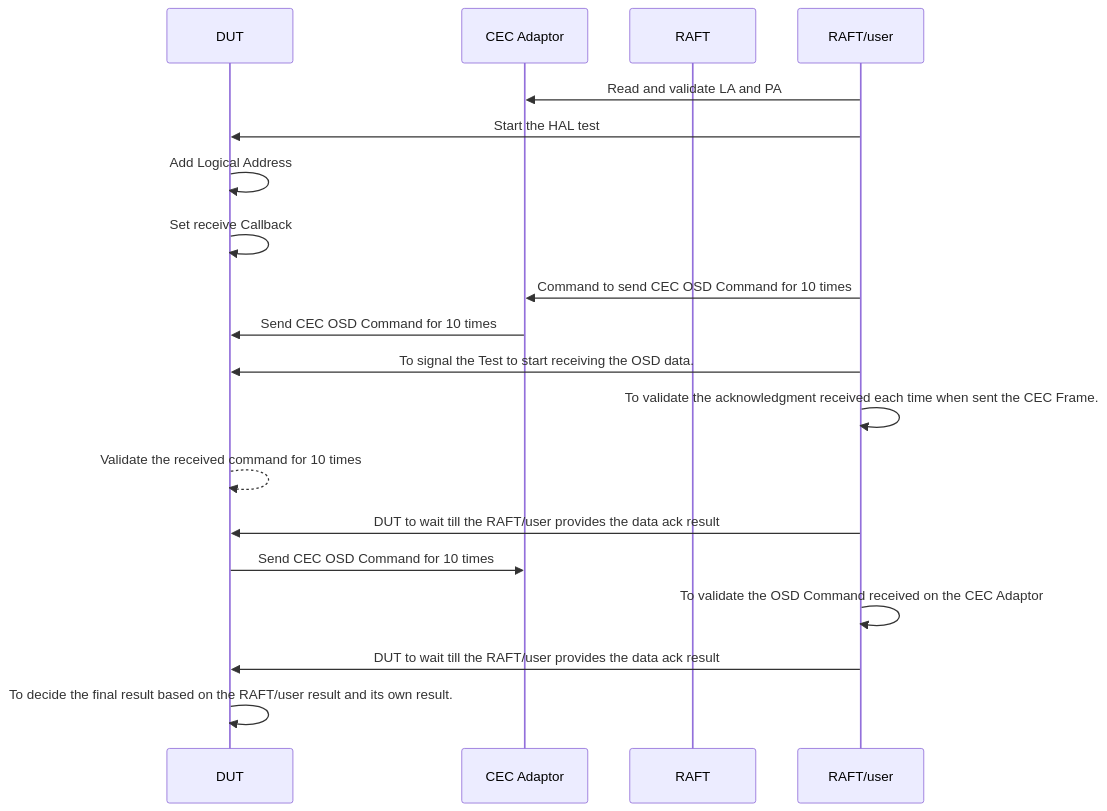
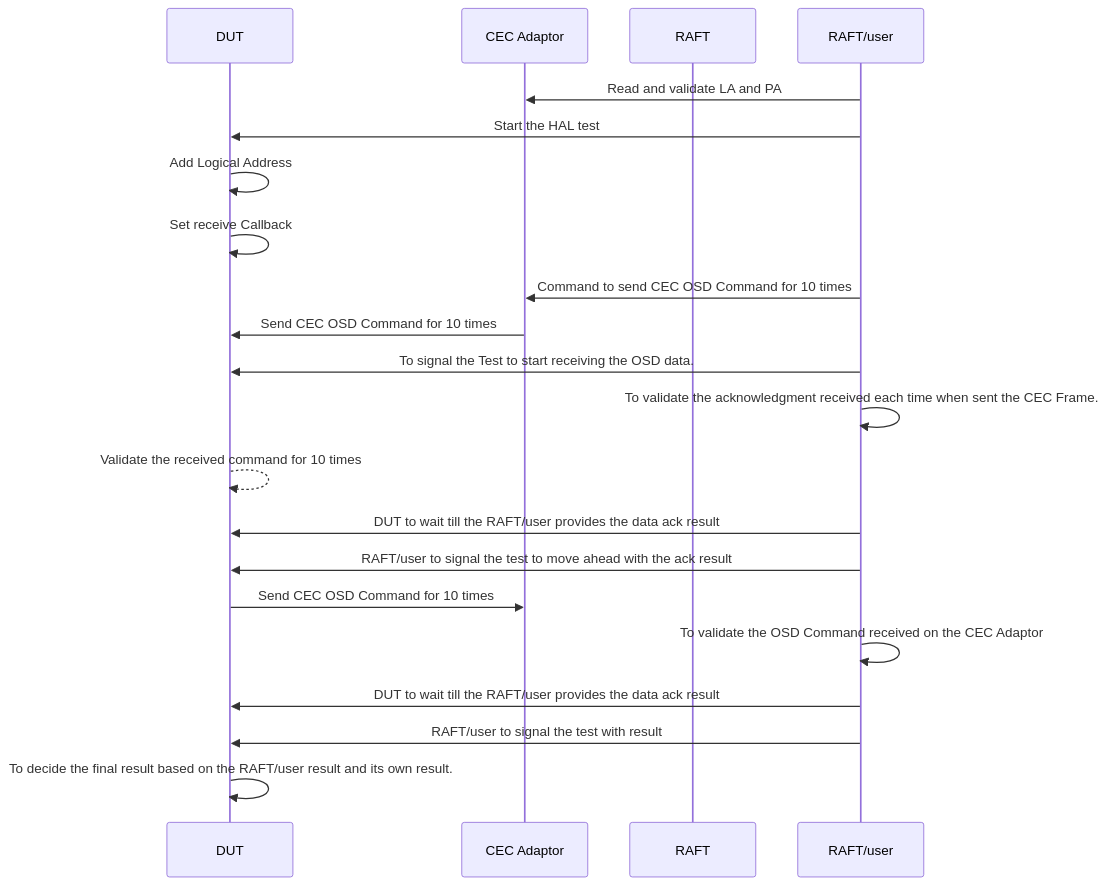
The fourth of 4 diagrams in docs/pages/hdmi-cec-sink-L3-Low-Level_TestSpec.md (rdkcentral/rdk-halif-test-hdmi_cec), drawn with Mermaid before and after one commit. The commit also changed other lines of this file, not shown here.

First line of the commit message:
gh #44 Update hdmi-cec-sink-L3-Low-Level_TestSpec.md

````diff
--- a/docs/pages/hdmi-cec-sink-L3-Low-Level_TestSpec.md
+++ b/docs/pages/hdmi-cec-sink-L3-Low-Level_TestSpec.md
@@ -273,20 +279,22 @@
 ```mermaid
 sequenceDiagram
     participant DUT
     participant CEC Adaptor
     participant RAFT
     RAFT/user->>CEC Adaptor: Read and validate LA and PA 
     RAFT/user->>DUT: Start the HAL test
     DUT->>DUT: Add Logical Address
     DUT->>DUT: Set receive Callback
     RAFT/user->>CEC Adaptor: Command to send CEC OSD Command for 10 times
     CEC Adaptor->>DUT: Send CEC OSD Command for 10 times
     RAFT/user->>DUT: To signal the Test to start receiving the OSD data.
     RAFT/user->>RAFT/user: To validate the acknowledgment received each time when sent the CEC Frame.
     DUT-->>DUT: Validate the received command for 10 times
     RAFT/user->>DUT: DUT to wait till the RAFT/user provides the data ack result
+    RAFT/user->>DUT: RAFT/user to signal the test to move ahead with the ack result
     DUT->>CEC Adaptor: Send CEC OSD Command for 10 times
     RAFT/user->>RAFT/user: To validate the OSD Command received on the CEC Adaptor
     RAFT/user->>DUT: DUT to wait till the RAFT/user provides the data ack result
+    RAFT/user->>DUT: RAFT/user to signal the test with result
     DUT->>DUT: To decide the final result based on the RAFT/user result and its own result.
 ```
````
